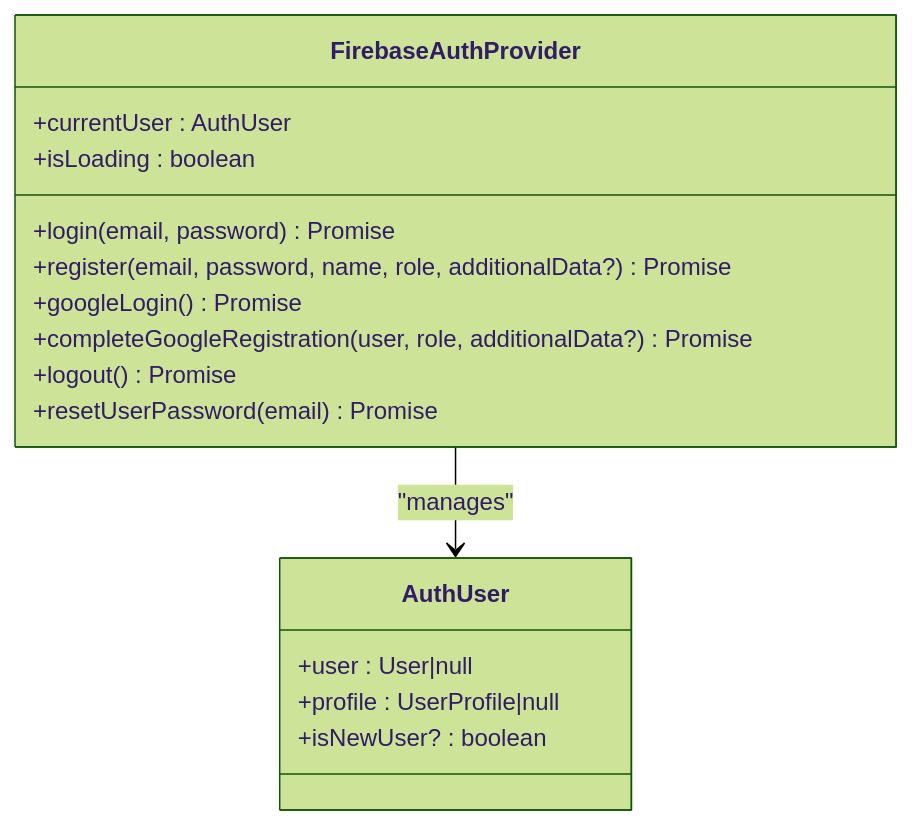
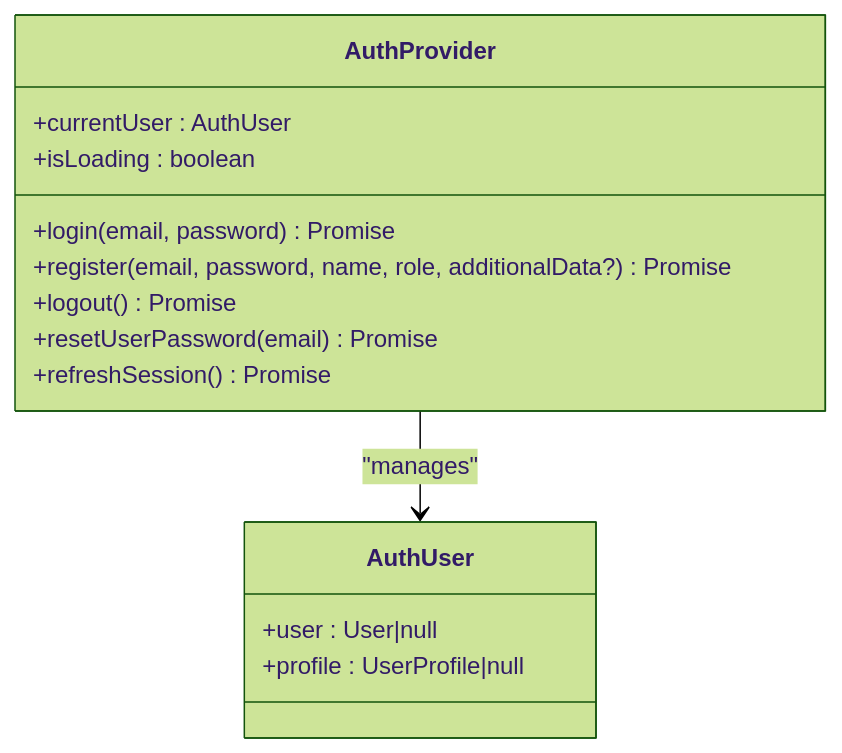
One commit to nitishssh/Class-mode changed the third of 11 diagrams in docs/code-wiki/content/Frontend Architecture/Frontend Architecture.md. Above: the diagram before and after it, drawn with Mermaid (forest theme). The commit also changed other lines of this file and 4 other files, not shown here.

Commit message:
docs: update architecture documentation to reflect PostgreSQL integration, local authentication, and multi-provider AI features

````diff
--- a/docs/code-wiki/content/Frontend Architecture/Frontend Architecture.md
+++ b/docs/code-wiki/content/Frontend Architecture/Frontend Architecture.md
@@ -165,19 +172,17 @@
 ```mermaid
 classDiagram
-class FirebaseAuthProvider {
+class AuthProvider {
 +currentUser : AuthUser
 +isLoading : boolean
 +login(email, password) Promise<void>
 +register(email, password, name, role, additionalData?) Promise<void>
-+googleLogin() Promise<AuthUser>
-+completeGoogleRegistration(user, role, additionalData?) Promise<void>
 +logout() Promise<void>
 +resetUserPassword(email) Promise<void>
++refreshSession() Promise<void>
 }
 class AuthUser {
 +user : User|null
 +profile : UserProfile|null
-+isNewUser? : boolean
 }
-FirebaseAuthProvider --> AuthUser : "manages"
+AuthProvider --> AuthUser : "manages"
 ```
````
